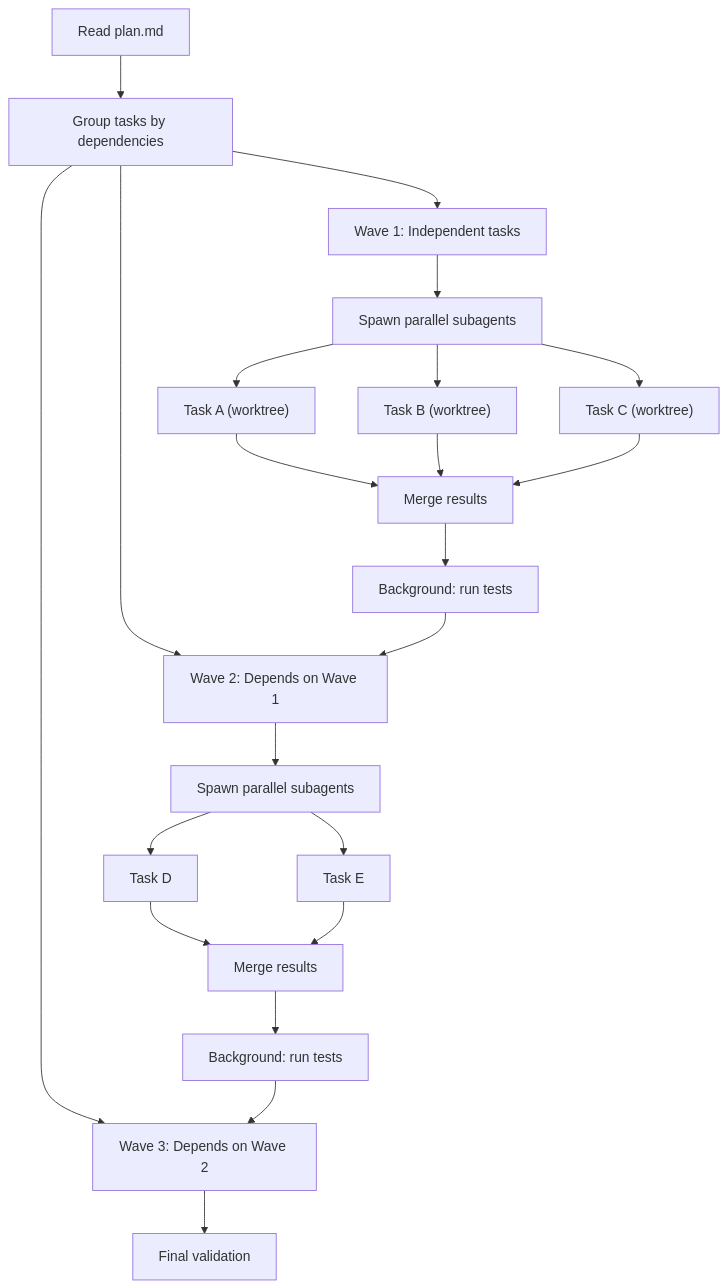
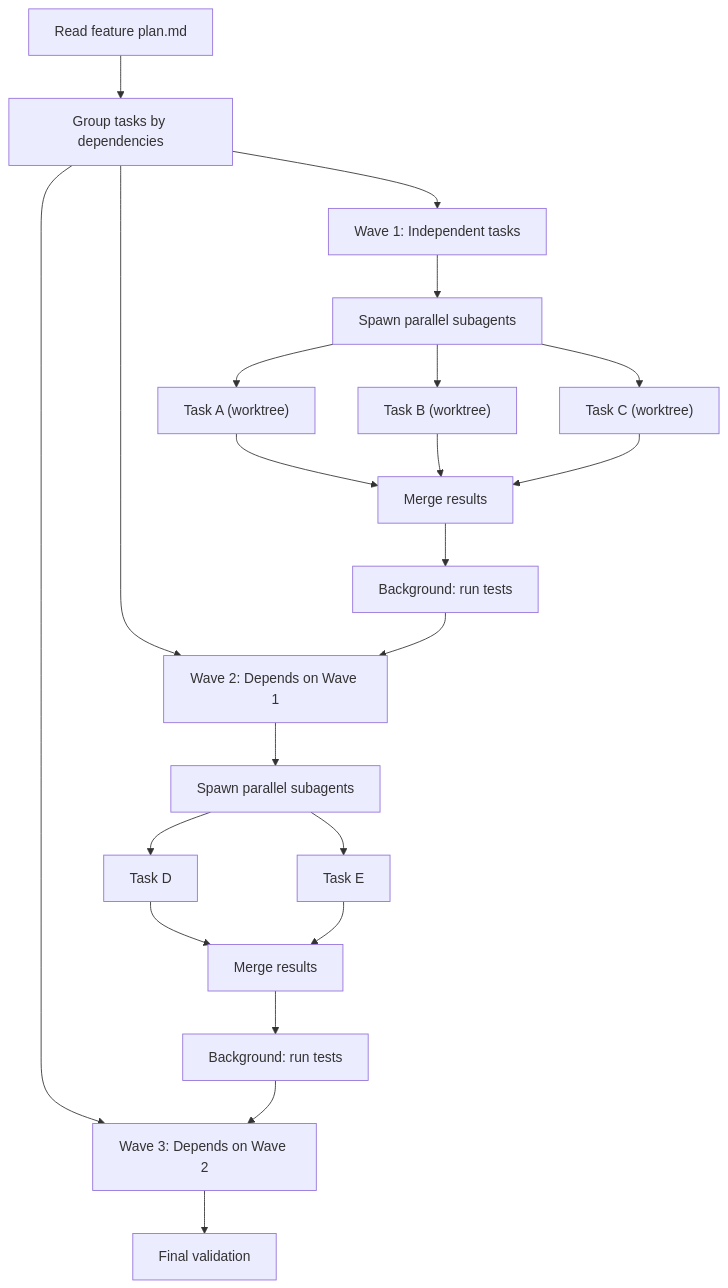
Before and after one commit to LennardZuendorf/vibe: the eighth of 11 diagrams in .spec/product-design.md, drawn with Mermaid. The commit also changed other lines of this file and 1 other file, not shown here.

First line of the commit message:
update: restructure product specs with clustered phases and global/feature spec separation

````diff
--- a/.spec/product-design.md
+++ b/.spec/product-design.md
@@ -212,31 +323,31 @@
 ```mermaid
 flowchart TD
-    PLAN["Read plan.md"] --> GROUP["Group tasks by dependencies"]
+    PLAN["Read feature plan.md"] --> GROUP["Group tasks by dependencies"]
     GROUP --> W1["Wave 1: Independent tasks"]
     GROUP --> W2["Wave 2: Depends on Wave 1"]
     GROUP --> W3["Wave 3: Depends on Wave 2"]
 
     W1 --> PAR1["Spawn parallel subagents"]
     PAR1 --> T1A["Task A (worktree)"]
     PAR1 --> T1B["Task B (worktree)"]
     PAR1 --> T1C["Task C (worktree)"]
 
     T1A --> MERGE1["Merge results"]
     T1B --> MERGE1
     T1C --> MERGE1
 
     MERGE1 --> TEST1["Background: run tests"]
     TEST1 --> W2
 
     W2 --> PAR2["Spawn parallel subagents"]
     PAR2 --> T2A["Task D"]
     PAR2 --> T2B["Task E"]
 
     T2A --> MERGE2["Merge results"]
     T2B --> MERGE2
 
     MERGE2 --> TEST2["Background: run tests"]
     TEST2 --> W3
 
     W3 --> FINAL["Final validation"]
 ```
````
